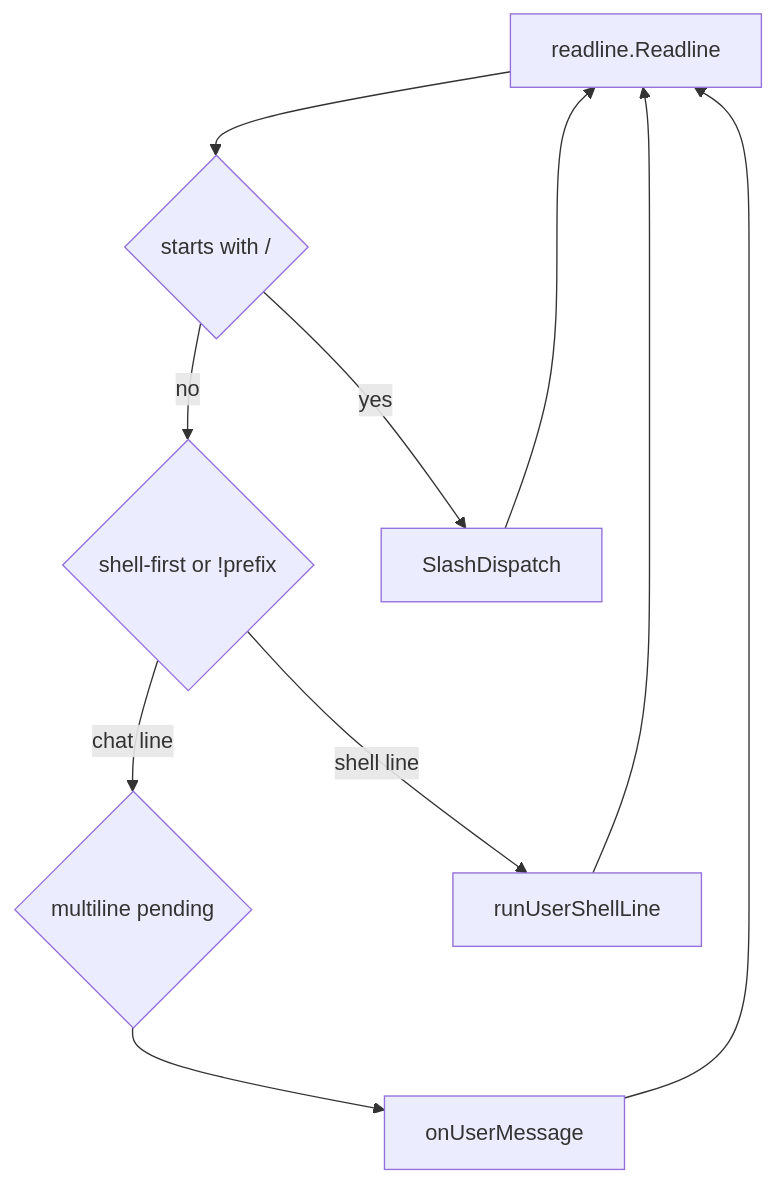
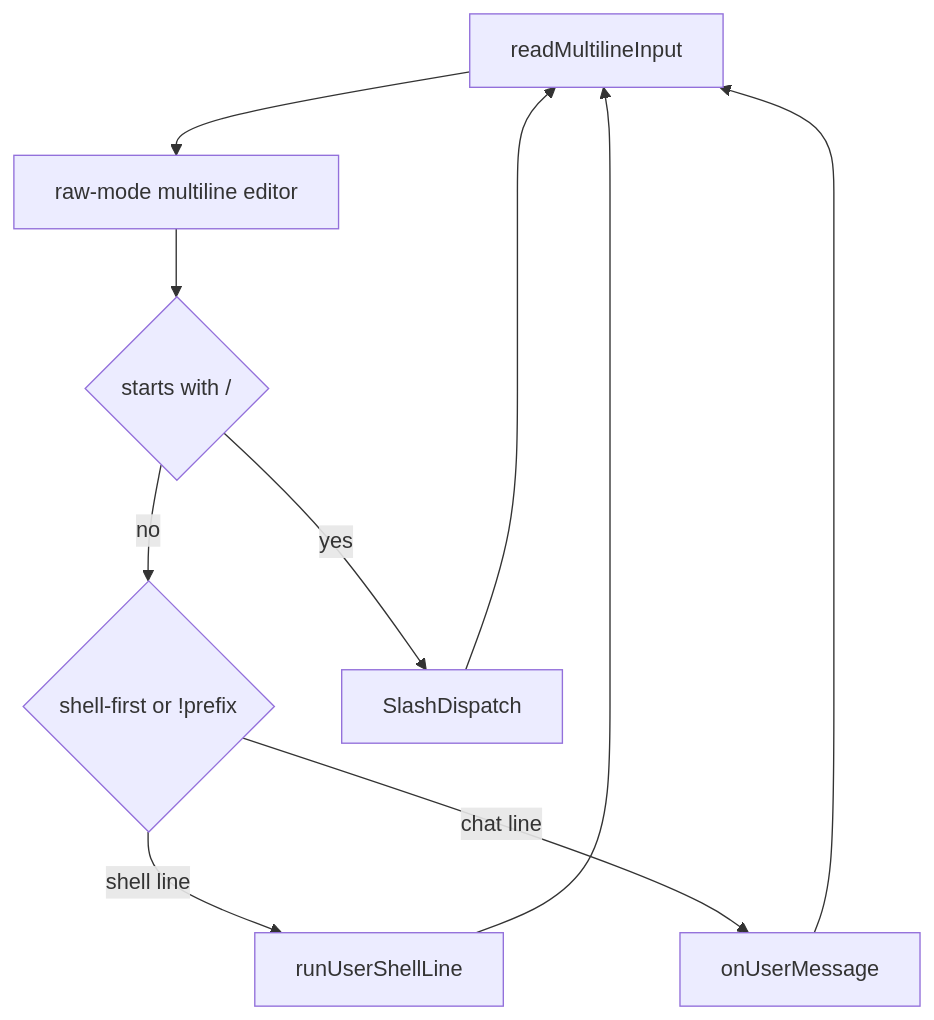
The diagram in docs/architecture/runtime-and-repl.md (SAPPHIR3-ROS3/Solomon), drawn with Mermaid before and after one commit. The commit also changed other lines of this file and 11 other files, not shown here.

First line of the commit message:
Add dedicated REPL multiline editor in raw mode.

````diff
--- a/docs/architecture/runtime-and-repl.md
+++ b/docs/architecture/runtime-and-repl.md
@@ -33,16 +37,15 @@
 ```mermaid
 flowchart TD
-  loop[readline.Readline]
+  loop[readMultilineInput]
+  editor[raw-mode multiline editor]
   slash{starts with /}
   shell{shell-first or !prefix}
-  multi{multiline pending}
   userMsg[onUserMessage]
   slashCmd[SlashDispatch]
   sh[runUserShellLine]
-  loop --> slash
+  loop --> editor --> slash
   slash -->|yes| slashCmd --> loop
   slash -->|no| shell
   shell -->|shell line| sh --> loop
-  shell -->|chat line| multi
-  multi --> userMsg --> loop
+  shell -->|chat line| userMsg --> loop
 ```
````
